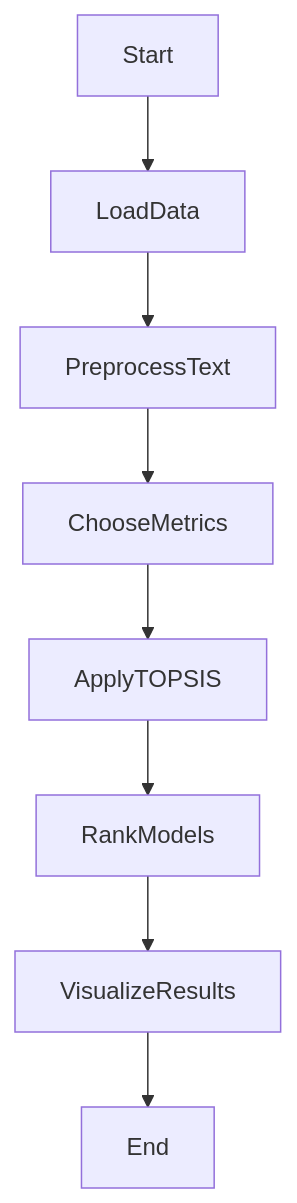
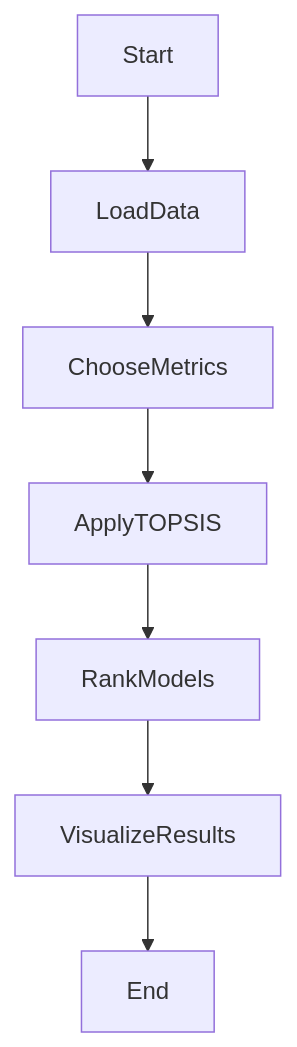
One commit to aayushibareja/Pre-trained-model-comparison-for-text-generation-using-topsis- changed the diagram in README.md. Above: the diagram before and after it, drawn with Mermaid. The commit also changed other lines of this file, not shown here.

Commit message:
README.md

````diff
--- a/README.md
+++ b/README.md
@@ -2,10 +2,9 @@
 ```mermaid
 graph TD;
   Start --> LoadData;
-  LoadData --> PreprocessText;
-  PreprocessText --> ChooseMetrics;
+  LoadData --> ChooseMetrics;
   ChooseMetrics --> ApplyTOPSIS;
   ApplyTOPSIS --> RankModels;
   RankModels --> VisualizeResults;
   VisualizeResults --> End;
 ```
````
